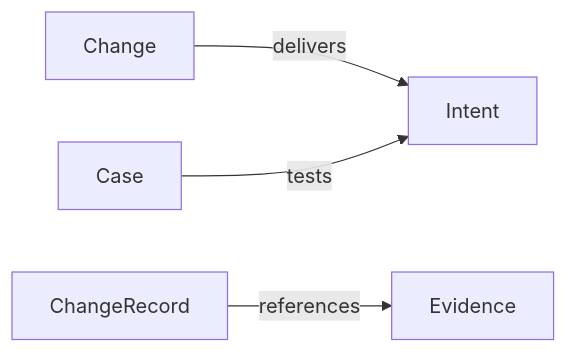
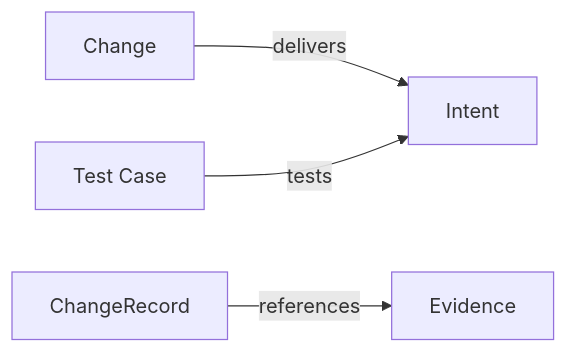
The diagram in engineering/metamodel/views/default.md (Kai-Hacks-AI/KAAL), drawn with Mermaid before and after one commit. The commit also changed other lines of this file and 10 other files, not shown here.

First line of the commit message:
DO: Test Case is the domain object name in the model, the diagrams and the views (release/C71)

````diff
--- a/engineering/metamodel/views/default.md
+++ b/engineering/metamodel/views/default.md
@@ -12,6 +12,6 @@
 ```mermaid
 flowchart LR
   Change -->|delivers| Intent
-  Case -->|tests| Intent
+  TestCase["Test Case"] -->|tests| Intent
   ChangeRecord -->|references| Evidence
 ```
````
